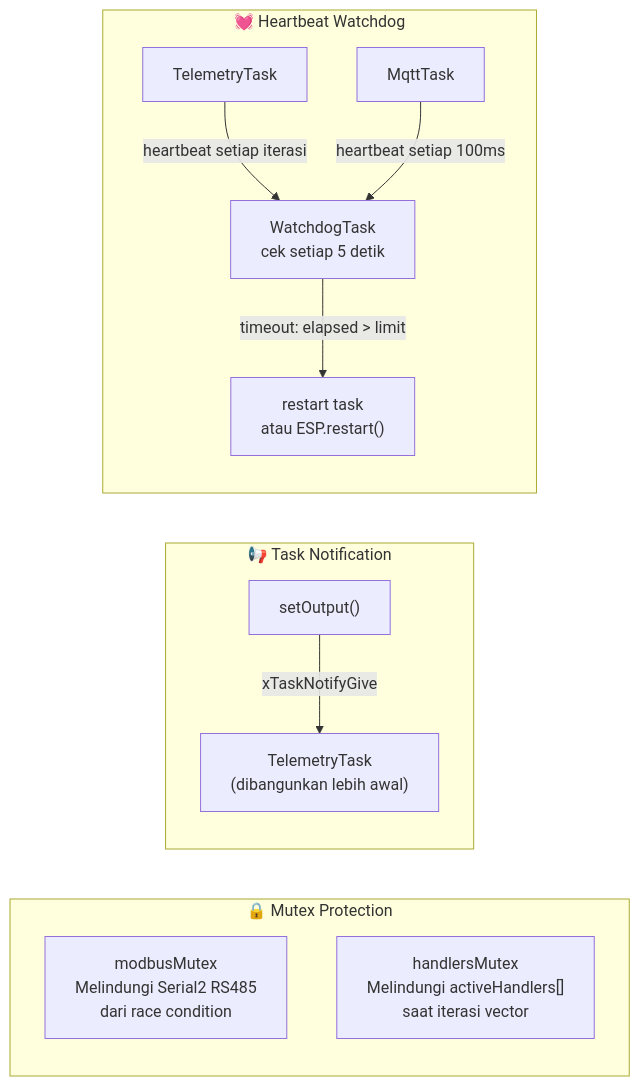
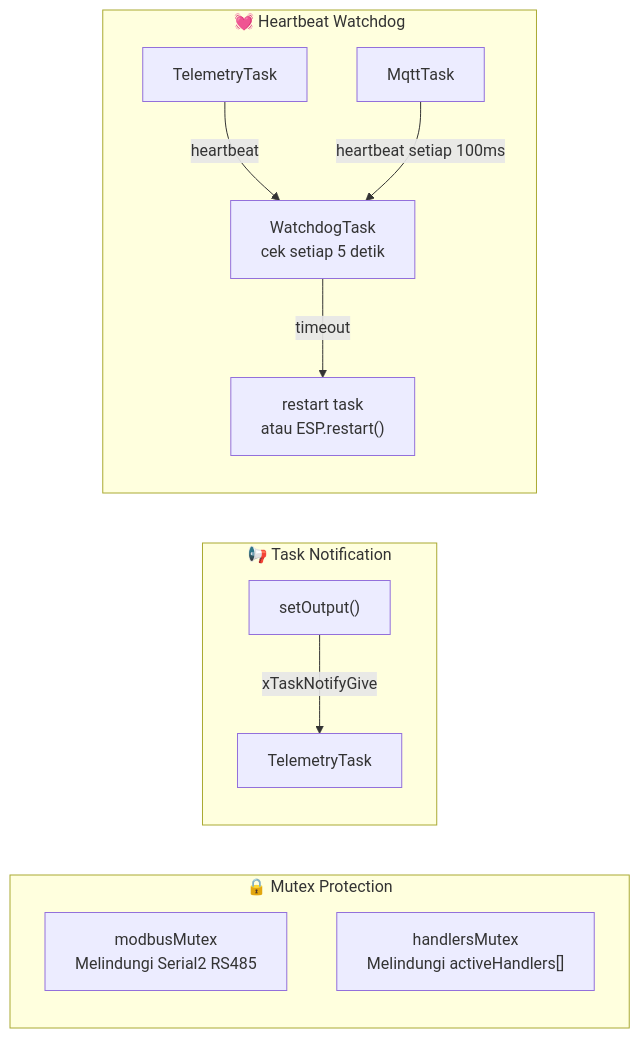
One commit to Rezen351/enyx-enterprise changed the second of 5 diagrams in docs/firmware.md. Above: the diagram before and after it, drawn with Mermaid. The commit also changed other lines of this file and 26 other files, not shown here.

````diff
--- a/docs/firmware.md
+++ b/docs/firmware.md
@@ -95,17 +48,15 @@
 ```mermaid
 flowchart LR
     subgraph MUTEX["🔒 Mutex Protection"]
-        MM["modbusMutex\nMelindungi Serial2 RS485\ndari race condition"]
-        HM["handlersMutex\nMelindungi activeHandlers[]\nsaat iterasi vector"]
+        MM["modbusMutex\nMelindungi Serial2 RS485"]
+        HM["handlersMutex\nMelindungi activeHandlers[]"]
     end
-
     subgraph NOTIF["📢 Task Notification"]
-        SO["setOutput()"] -->|xTaskNotifyGive| TT["TelemetryTask\n(dibangunkan lebih awal)"]
+        SO["setOutput()"] -->|xTaskNotifyGive| TT["TelemetryTask"]
     end
-
     subgraph HB["💓 Heartbeat Watchdog"]
-        TELE2["TelemetryTask"] -->|heartbeat setiap iterasi| WDT["WatchdogTask\ncek setiap 5 detik"]
+        TELE2["TelemetryTask"] -->|heartbeat| WDT["WatchdogTask\ncek setiap 5 detik"]
         MQTTT["MqttTask"] -->|heartbeat setiap 100ms| WDT
-        WDT -->|timeout: elapsed > limit| RST["restart task\natau ESP.restart()"]
+        WDT -->|timeout| RST["restart task\natau ESP.restart()"]
     end
 ```
````
